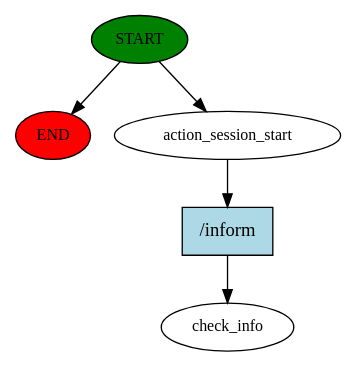
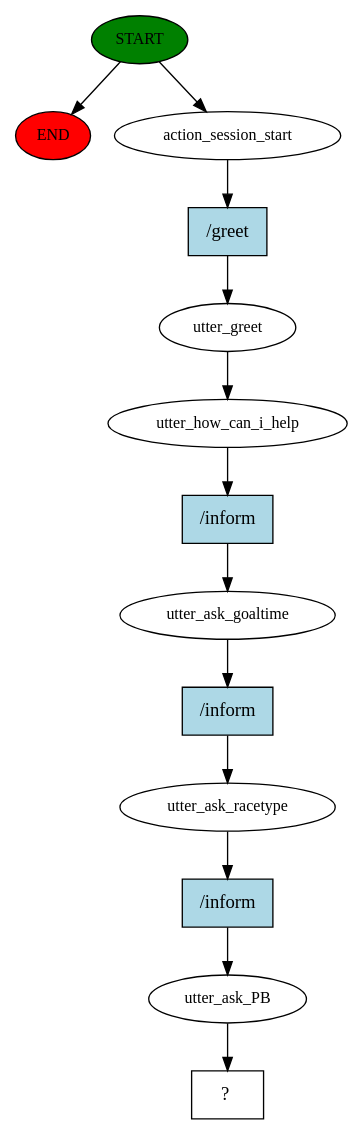
Before and after one commit to Tomaicho/AI_Chatbot: the diagram in PeakPerformanceBot/story_graph.dot, drawn with Graphviz. The commit also changed 138 other files, not shown here.

```diff
--- a/PeakPerformanceBot/story_graph.dot
+++ b/PeakPerformanceBot/story_graph.dot
@@ -1,11 +1,27 @@
 digraph  {
 0 [class="start active", fillcolor=green, fontsize=12, label=START, style=filled];
 "-1" [class=end, fillcolor=red, fontsize=12, label=END, style=filled];
 1 [class=active, fontsize=12, label=action_session_start];
-2 [class="dashed active", fontsize=12, label=check_info];
-3 [class="intent active", fillcolor=lightblue, label="/inform", shape=rect, style=filled];
+2 [class=active, fontsize=12, label=utter_greet];
+3 [class=active, fontsize=12, label=utter_how_can_i_help];
+4 [class=active, fontsize=12, label=utter_ask_goaltime];
+5 [class=active, fontsize=12, label=utter_ask_racetype];
+6 [class=active, fontsize=12, label=utter_ask_PB];
+7 [class="intent dashed active", label="  ?  ", shape=rect];
+8 [class="intent active", fillcolor=lightblue, label="/greet", shape=rect, style=filled];
+9 [class="intent active", fillcolor=lightblue, label="/inform", shape=rect, style=filled];
+10 [class="intent active", fillcolor=lightblue, label="/inform", shape=rect, style=filled];
+11 [class="intent active", fillcolor=lightblue, label="/inform", shape=rect, style=filled];
 0 -> "-1"  [class="", key=NONE, label=""];
 0 -> 1  [class=active, key=NONE, label=""];
-1 -> 3  [class=active, key=0];
-3 -> 2  [class=active, key=0];
+1 -> 8  [class=active, key=0];
+2 -> 3  [class=active, key=NONE, label=""];
+3 -> 9  [class=active, key=0];
+4 -> 10  [class=active, key=0];
+5 -> 11  [class=active, key=0];
+6 -> 7  [class=active, key=NONE, label=""];
+8 -> 2  [class=active, key=0];
+9 -> 4  [class=active, key=0];
+10 -> 5  [class=active, key=0];
+11 -> 6  [class=active, key=0];
 }
```
